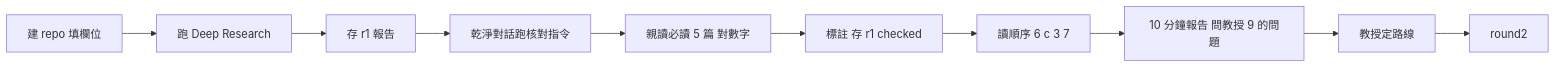
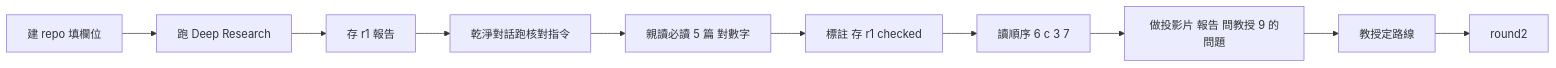
One commit to SigSpeechAI-NTNU/Lab-Hub changed the diagram in guides/deep_research/round1_map.md. Above: the diagram before and after it, drawn with Mermaid. The commit also changed other lines of this file and 5 other files, not shown here.

````diff
--- a/guides/deep_research/round1_map.md
+++ b/guides/deep_research/round1_map.md
@@ -83,12 +83,12 @@
 ```mermaid
 flowchart LR
   A[建 repo 填欄位] --> B[跑 Deep Research]
   B --> C[存 r1 報告]
   C --> D[乾淨對話跑核對指令]
   D --> E[親讀必讀 5 篇 對數字]
   E --> F[標註 存 r1 checked]
   F --> G[讀順序 6 c 3 7]
-  G --> H[10 分鐘報告 問教授 9 的問題]
+  G --> H[做投影片 報告 問教授 9 的問題]
   H --> I[教授定路線]
   I --> J[round2]
 ```
````
